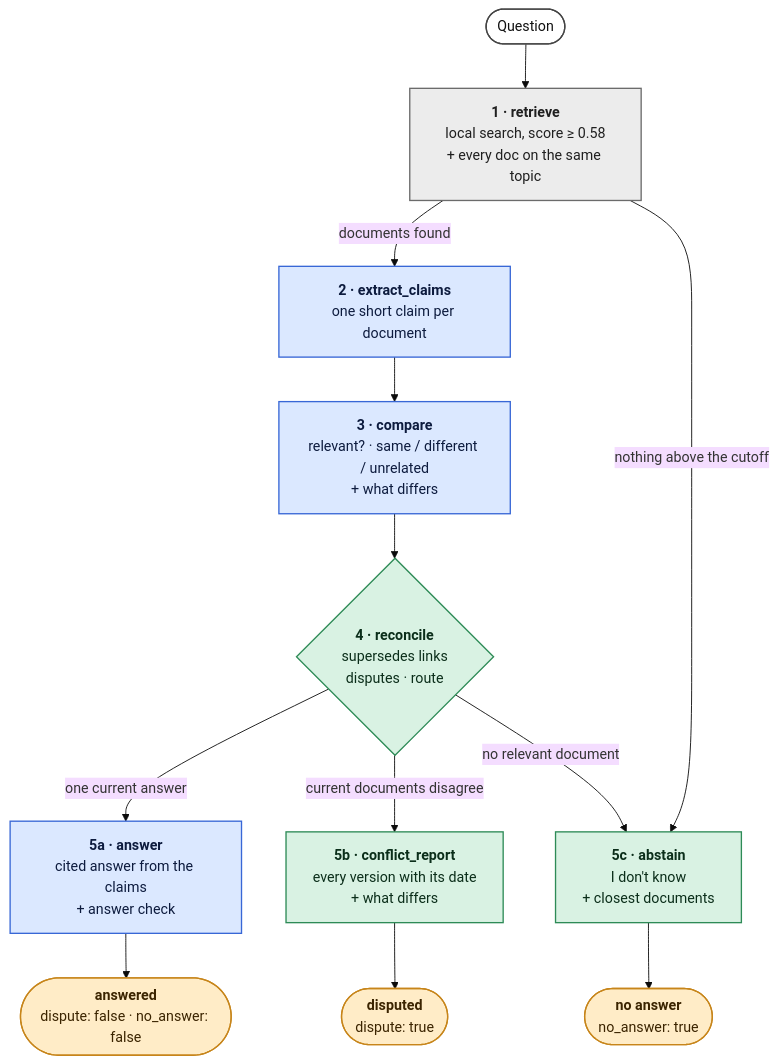
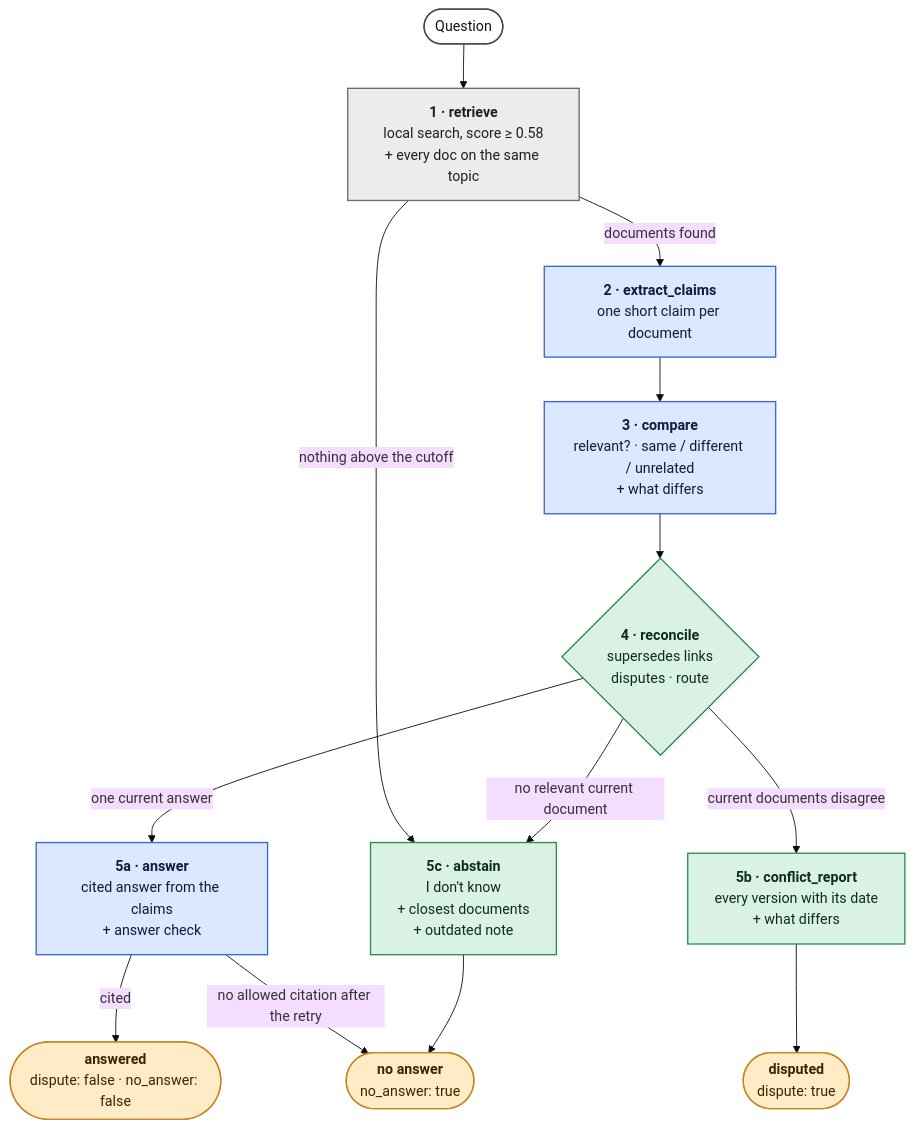
The second of 2 diagrams in docs/architecture.md (chrzanowski000/AICONIC-CRAG), drawn with Mermaid (base theme) before and after one commit. The commit also changed other lines of this file and 13 other files, not shown here.

````diff
--- a/docs/architecture.md
+++ b/docs/architecture.md
@@ -64,31 +64,32 @@
 ```mermaid
 flowchart TD
     Q(["Question"]):::io
     R["<b>1 · retrieve</b><br/>local search, score ≥ 0.58<br/>+ every doc on the same topic"]:::local
     EC["<b>2 · extract_claims</b><br/>one short claim per document"]:::llm
     CP["<b>3 · compare</b><br/>relevant? · same / different / unrelated<br/>+ what differs"]:::llm
     RC{"<b>4 · reconcile</b><br/>supersedes links<br/>disputes · route"}:::code
     AN["<b>5a · answer</b><br/>cited answer from the claims<br/>+ answer check"]:::llm
     CR["<b>5b · conflict_report</b><br/>every version with its date<br/>+ what differs"]:::code
-    AB["<b>5c · abstain</b><br/>I don't know<br/>+ closest documents"]:::code
+    AB["<b>5c · abstain</b><br/>I don't know<br/>+ closest documents<br/>+ outdated note"]:::code
     O1(["<b>answered</b><br/>dispute: false · no_answer: false"]):::out
     O2(["<b>disputed</b><br/>dispute: true"]):::out
     O3(["<b>no answer</b><br/>no_answer: true"]):::out
 
     Q --> R
     R -- "documents found" --> EC
     R -- "nothing above the cutoff" --> AB
     EC --> CP --> RC
     RC -- "one current answer" --> AN
     RC -- "current documents disagree" --> CR
-    RC -- "no relevant document" --> AB
-    AN --> O1
+    RC -- "no relevant current document" --> AB
+    AN -- "cited" --> O1
+    AN -- "no allowed citation after the retry" --> O3
     CR --> O2
     AB --> O3
 
     classDef llm fill:#dbe8ff,stroke:#3867d6,stroke-width:1.5px,color:#0d1b3e
     classDef code fill:#d9f2e3,stroke:#2e8b57,stroke-width:1.5px,color:#0b2e1a
     classDef local fill:#ececec,stroke:#6b6b6b,stroke-width:1.5px,color:#1f1f1f
     classDef out fill:#ffecc7,stroke:#c7851a,stroke-width:1.5px,color:#3b2400
     classDef io fill:#ffffff,stroke:#444444,stroke-width:1.5px,color:#111111
 ```
````
